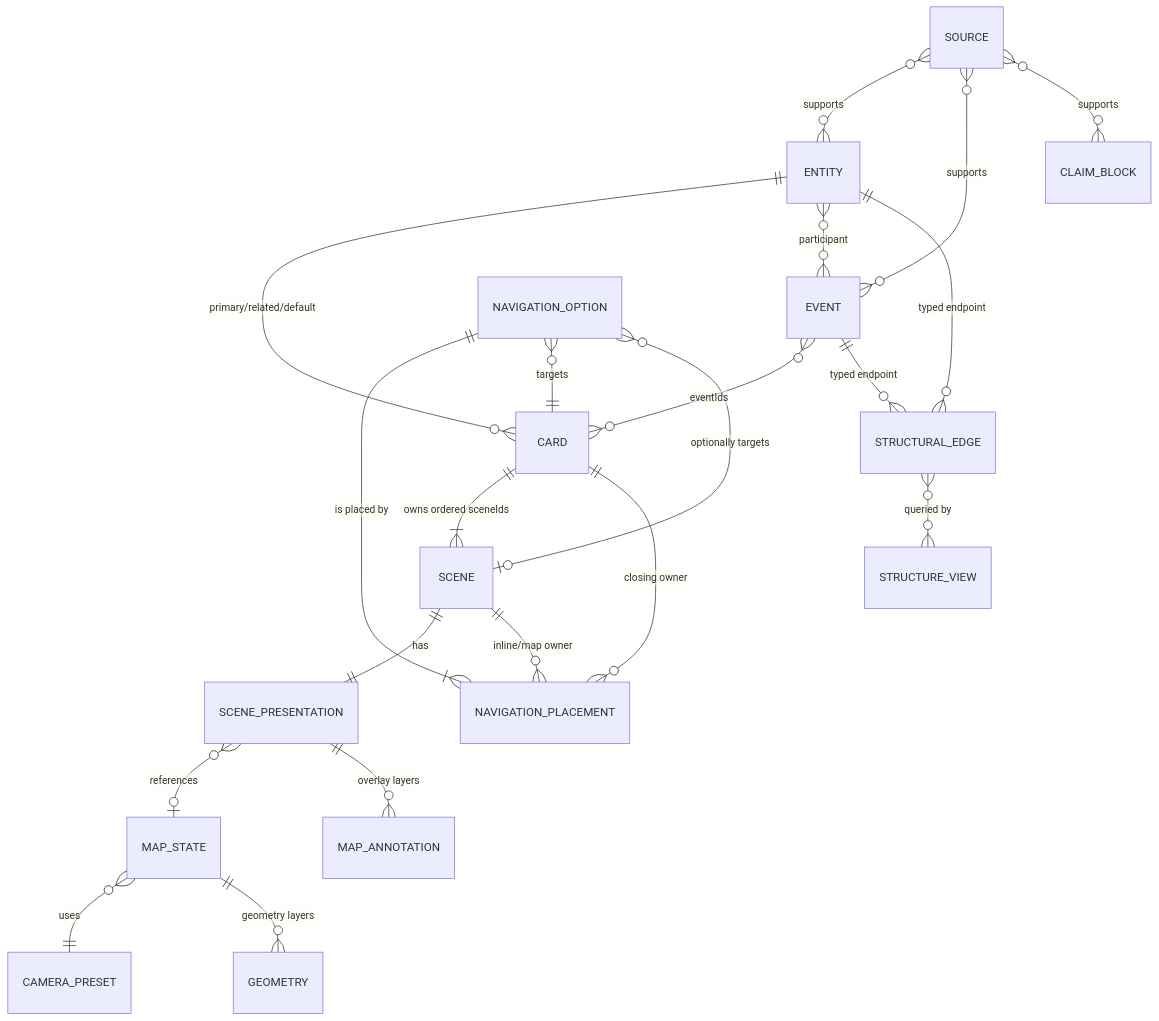
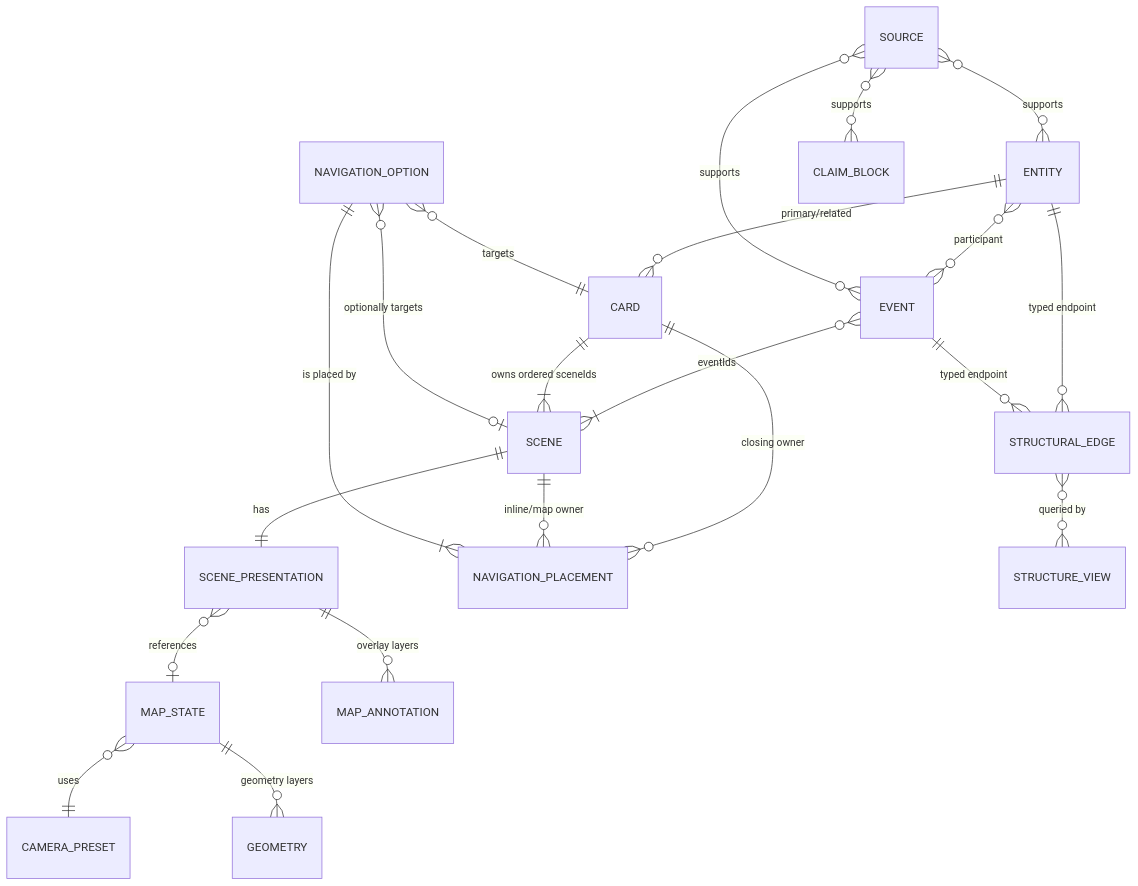
One commit to jiaxun-li/civilization-wander changed the second of 4 diagrams in docs/ARCHITECTURE_AND_DATA_MODEL.md. Above: the diagram before and after it, drawn with Mermaid. The commit also changed other lines of this file and 48 other files, not shown here.

````diff
--- a/docs/ARCHITECTURE_AND_DATA_MODEL.md
+++ b/docs/ARCHITECTURE_AND_DATA_MODEL.md
@@ -202,23 +205,23 @@
 ```mermaid
 erDiagram
-    ENTITY ||--o{ CARD : "primary/related/default"
+    ENTITY ||--o{ CARD : "primary/related"
     ENTITY }o--o{ EVENT : "participant"
-    EVENT }o--o{ CARD : "eventIds"
+    EVENT }o--|{ SCENE : "eventIds"
     ENTITY ||--o{ STRUCTURAL_EDGE : "typed endpoint"
     EVENT ||--o{ STRUCTURAL_EDGE : "typed endpoint"
     CARD ||--|{ SCENE : "owns ordered sceneIds"
     SCENE ||--|| SCENE_PRESENTATION : "has"
     CARD ||--o{ NAVIGATION_PLACEMENT : "closing owner"
     SCENE ||--o{ NAVIGATION_PLACEMENT : "inline/map owner"
     NAVIGATION_OPTION ||--|{ NAVIGATION_PLACEMENT : "is placed by"
     NAVIGATION_OPTION }o--|| CARD : "targets"
     NAVIGATION_OPTION }o--o| SCENE : "optionally targets"
     SCENE_PRESENTATION }o--o| MAP_STATE : "references"
     MAP_STATE }o--|| CAMERA_PRESET : "uses"
     MAP_STATE ||--o{ GEOMETRY : "geometry layers"
     SCENE_PRESENTATION ||--o{ MAP_ANNOTATION : "overlay layers"
     STRUCTURAL_EDGE }o--o{ STRUCTURE_VIEW : "queried by"
     SOURCE }o--o{ ENTITY : "supports"
     SOURCE }o--o{ EVENT : "supports"
     SOURCE }o--o{ CLAIM_BLOCK : "supports"
 ```
````
